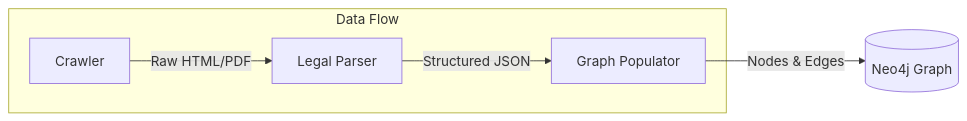
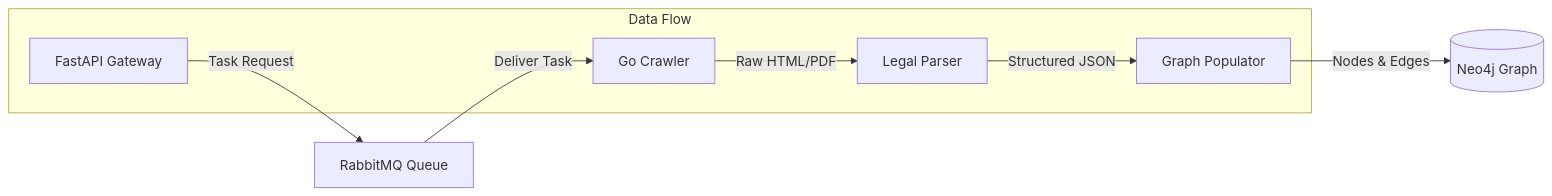
Before and after one commit to EduardoMG12/ThingIndex: the first of 2 diagrams in README.md, drawn with Mermaid. The commit also changed other lines of this file and 6 other files, not shown here.

````diff
--- a/README.md
+++ b/README.md
@@ -27,12 +23,15 @@
 ```mermaid
 graph LR
-    C[Crawler] -->|Raw HTML/PDF| LP[Legal Parser]
+    API[FastAPI Gateway] -->|Task Request| Rabbit[RabbitMQ Queue]
+    Rabbit -->|Deliver Task| C[Go Crawler]
+    C -->|Raw HTML/PDF| LP[Legal Parser]
     LP -->|Structured JSON| GP[Graph Populator]
     GP -->|Nodes & Edges| DB[(Neo4j Graph)]
     
     subgraph Data Flow
+    API
     C
     LP
     GP
     end
 ```
````
